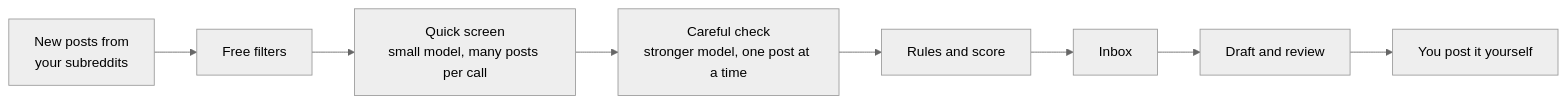
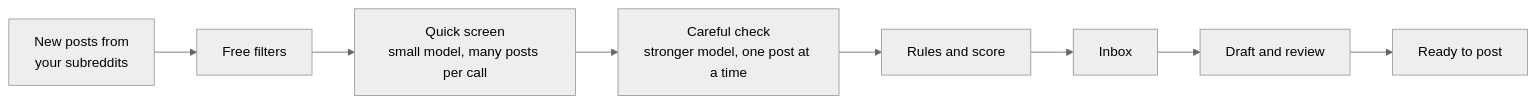
The diagram in README.md (Octosift/OctoSift), drawn with Mermaid (neutral theme) before and after one commit. The commit also changed other lines of this file and 8 other files, not shown here.

````diff
--- a/README.md
+++ b/README.md
@@ -142,10 +142,10 @@
 ```mermaid
 flowchart LR
   A["New posts from<br/>your subreddits"] --> B["Free filters"]
   B --> C["Quick screen<br/>small model, many posts per call"]
   C --> D["Careful check<br/>stronger model, one post at a time"]
   D --> E["Rules and score"]
   E --> F["Inbox"]
   F --> G["Draft and review"]
-  G --> H["You post it yourself"]
+  G --> H["Ready to post"]
 ```
````
